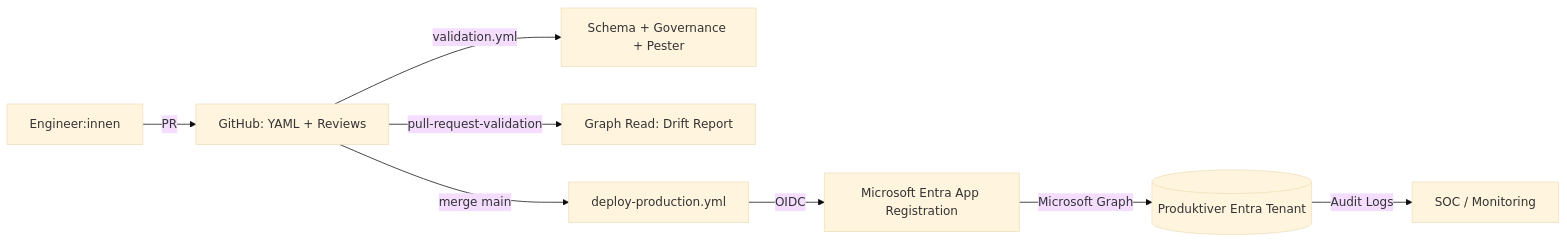
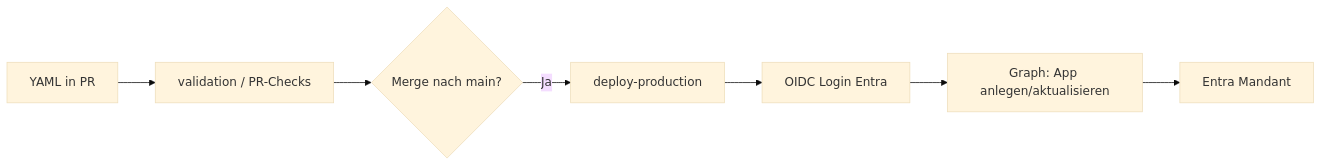
One commit to Nuvatech-GmbH/entra-private-access-gitops changed the first of 2 diagrams in README.md. Above: the diagram before and after it, drawn with Mermaid (base theme). The commit also changed other lines of this file and 3 other files, not shown here.

````diff
--- a/README.md
+++ b/README.md
@@ -43,10 +187,9 @@
 ```mermaid
 flowchart LR
-  Eng[Engineer:innen] -->|PR| GitHub[GitHub: YAML + Reviews]
-  GitHub -->|validation.yml| Val[Schema + Governance + Pester]
-  GitHub -->|pull-request-validation| WhatIf[Graph Read: Drift Report]
-  GitHub -->|merge main| Dep[deploy-production.yml]
-  Dep -->|OIDC| EntraId[Microsoft Entra App Registration]
-  EntraId -->|Microsoft Graph| Tenant[(Produktiver Entra Tenant)]
-  Tenant -->|Audit Logs| SOC[SOC / Monitoring]
+  A[YAML in PR] --> B[validation / PR-Checks]
+  B --> C{Merge nach main?}
+  C -->|Ja| D[deploy-production]
+  D --> E[OIDC Login Entra]
+  E --> F[Graph: App anlegen/aktualisieren]
+  F --> G[Entra Mandant]
 ```
````
